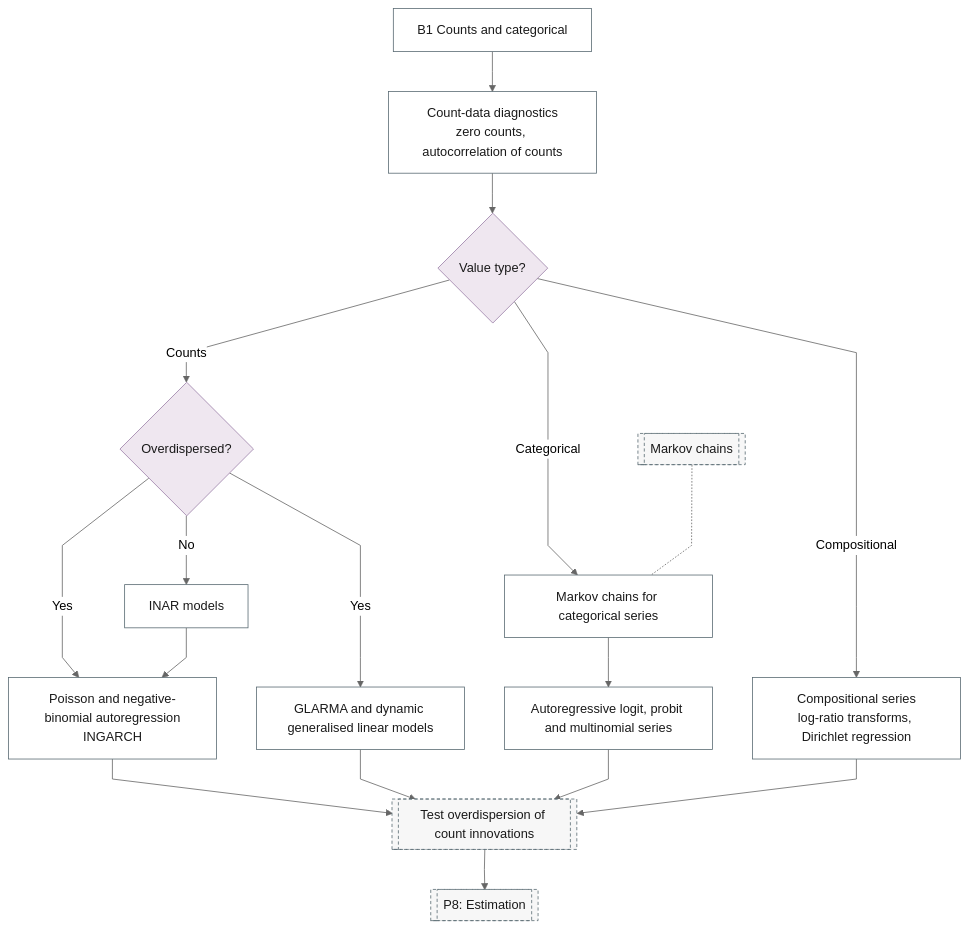
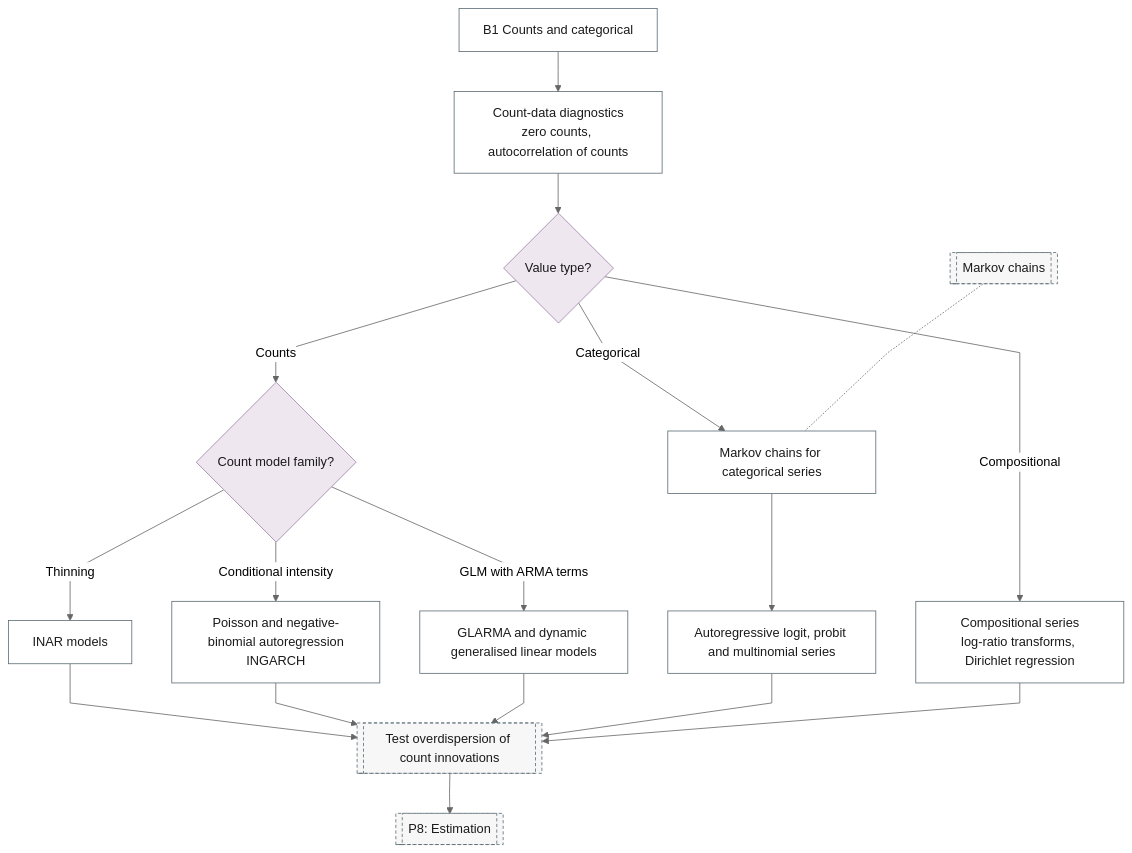
Before and after one commit to Shuxin-Y/time-series-analysis-manual: the diagram in docs/reference/16-count-categorical/index.md, drawn with Mermaid (neutral theme). The commit also changed 8 other files, not shown here.

First line of the commit message:
fix(flowchart): alternatives are fan-outs, dependencies are chains

````diff
--- a/docs/reference/16-count-categorical/index.md
+++ b/docs/reference/16-count-categorical/index.md
@@ -7,28 +7,27 @@
 ```mermaid
 %%{init: {"flowchart": {"curve": "linear"}}}%%
 graph TD
     B1["B1 Counts and categorical"] --> B1_COUNT_EDA["Count-data diagnostics<br/>zero counts, autocorrelation of counts"]
     B1_COUNT_EDA --> B1_VALUE{"Value type?"}
-    B1_VALUE -->|"Counts"| B1_DISPERSION{"Overdispersed?"}
+    B1_VALUE -->|"Counts"| B1_COUNT_FAMILY{"Count model family?"}
     B1_VALUE -->|"Categorical"| B1_MARKOV_CHAIN["Markov chains for categorical series"]
     B1_VALUE -->|"Compositional"| B1_COMPOSITIONAL["Compositional series<br/>log-ratio transforms, Dirichlet regression"]
-    B1_DISPERSION -->|"No"| B1_INAR["INAR models"]
-    B1_DISPERSION -->|"Yes"| B1_GLARMA["GLARMA and dynamic generalised linear models"]
-    B1_DISPERSION -->|"Yes"| B1_POISSON_AR
-    B1_INAR --> B1_POISSON_AR["Poisson and negative-binomial autoregression<br/>INGARCH"]
+    B1_COUNT_FAMILY -->|"Thinning"| B1_INAR["INAR models"]
+    B1_COUNT_FAMILY -->|"Conditional intensity"| B1_POISSON_AR["Poisson and negative-binomial autoregression<br/>INGARCH"]
+    B1_COUNT_FAMILY -->|"GLM with ARMA terms"| B1_GLARMA["GLARMA and dynamic generalised linear models"]
     B1_MARKOV_CHAIN --> B1_AR_LOGIT["Autoregressive logit, probit and multinomial series"]
-    B1_POISSON_AR & B1_GLARMA & B1_AR_LOGIT & B1_COMPOSITIONAL --> P7_COUNT_TESTS[["Test overdispersion of count innovations"]]
+    B1_INAR & B1_POISSON_AR & B1_GLARMA & B1_AR_LOGIT & B1_COMPOSITIONAL --> P7_COUNT_TESTS[["Test overdispersion of count innovations"]]
     P7_COUNT_TESTS --> P8[["P8: Estimation"]]
     F_MARKOV[["Markov chains"]] -.- B1_MARKOV_CHAIN
-    class B1_VALUE,B1_DISPERSION decision
-    class B1,B1_COUNT_EDA,B1_MARKOV_CHAIN,B1_COMPOSITIONAL,B1_INAR,B1_GLARMA,B1_POISSON_AR,B1_AR_LOGIT process
+    class B1_VALUE,B1_COUNT_FAMILY decision
+    class B1,B1_COUNT_EDA,B1_MARKOV_CHAIN,B1_COMPOSITIONAL,B1_INAR,B1_POISSON_AR,B1_GLARMA,B1_AR_LOGIT process
     class P7_COUNT_TESTS,P8,F_MARKOV ref
     classDef terminator fill:#E6F2F7,stroke:#007BA7,color:#1A1A1A;
     classDef process fill:#FFFFFF,stroke:#5A6B73,color:#1A1A1A;
     classDef decision fill:#EFE7F0,stroke:#9B7FA7,color:#1A1A1A;
     classDef data fill:#FFF4E0,stroke:#C9A55E,color:#1A1A1A;
     classDef good fill:#DCEFD8,stroke:#4A7A3F,color:#1A1A1A;
     classDef escalate fill:#FFE9C2,stroke:#C9A55E,color:#1A1A1A;
     classDef problem fill:#F2D9DE,stroke:#800020,color:#1A1A1A;
     classDef ref fill:#F7F7F7,stroke:#5A6B73,color:#1A1A1A,stroke-dasharray:4 3;
 ```
````
